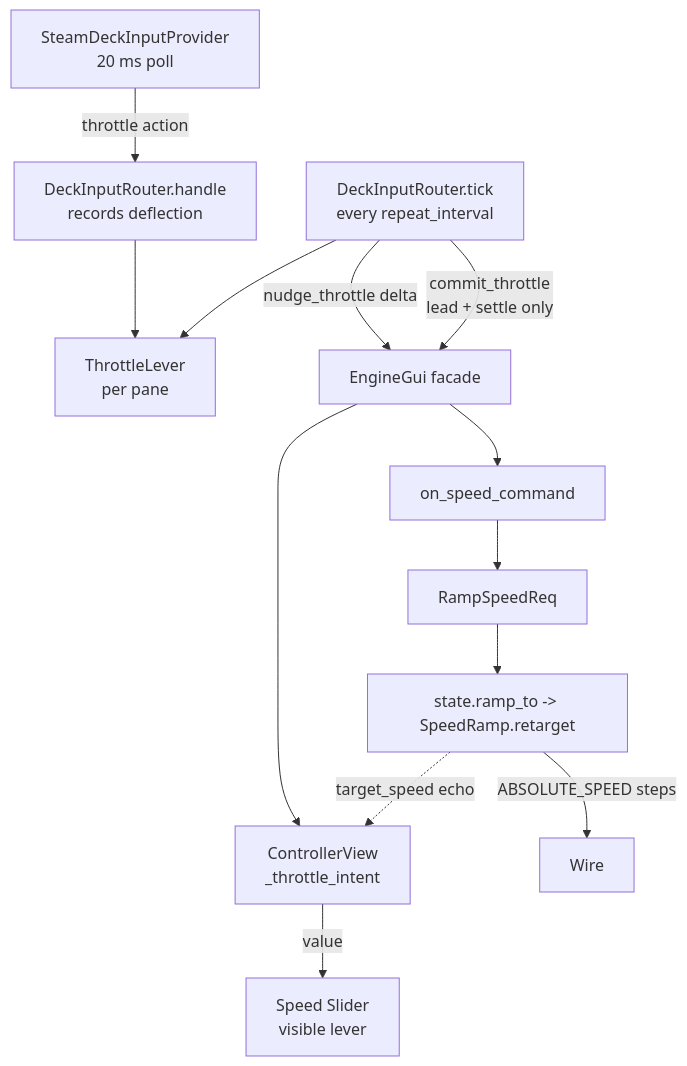
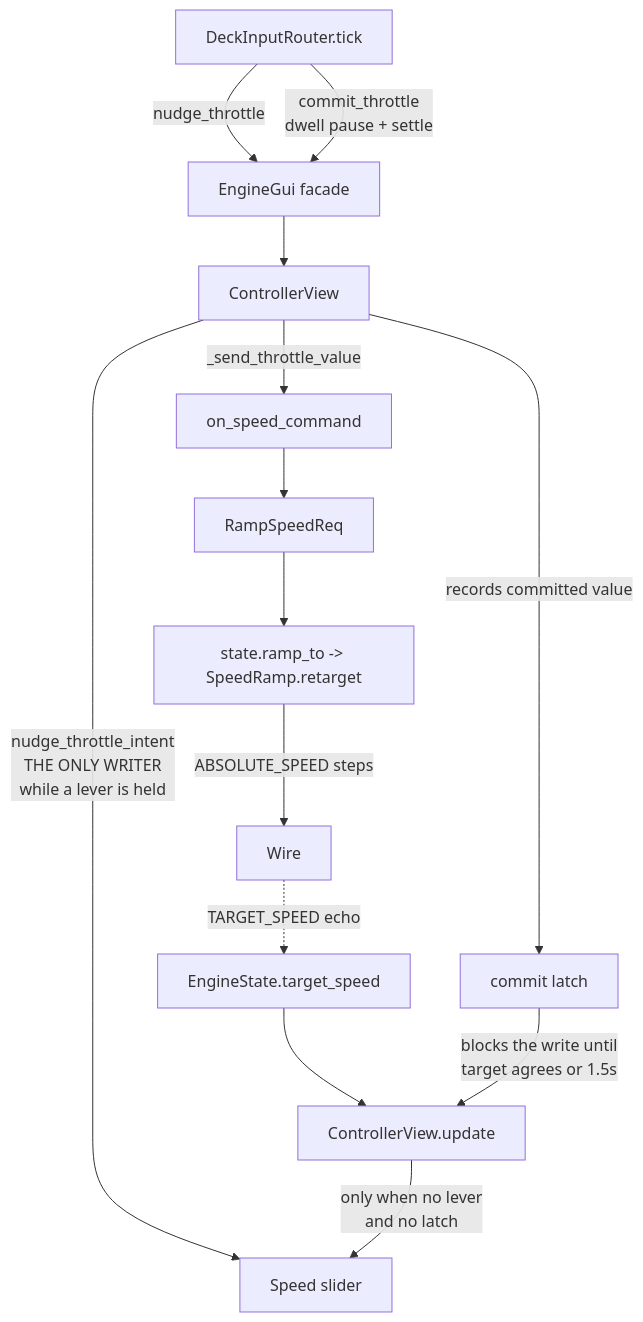
Before and after one commit to cdswindell/PyLegacy: the diagram in .junie/plans/deck-throttle-virtual-lever.md, drawn with Mermaid. The commit also changed other lines of this file and 8 other files, not shown here.

First line of the commit message:
Add throttle lever handling logic and enhanced tests:

````diff
--- a/.junie/plans/deck-throttle-virtual-lever.md
+++ b/.junie/plans/deck-throttle-virtual-lever.md
@@ -184,15 +239,16 @@
 ```mermaid
 graph TD
-    P[SteamDeckInputProvider<br/>20 ms poll] -->|throttle action| R[DeckInputRouter.handle<br/>records deflection]
-    R --> L[ThrottleLever<br/>per pane]
-    T[DeckInputRouter.tick<br/>every repeat_interval] --> L
-    T -->|nudge_throttle delta| G[EngineGui facade]
-    G --> V[ControllerView<br/>_throttle_intent]
-    V -->|value| S[Speed Slider<br/>visible lever]
-    T -->|commit_throttle<br/>lead + settle only| G
-    G --> C[on_speed_command]
+    T[DeckInputRouter.tick] -->|nudge_throttle| G[EngineGui facade]
+    T -->|commit_throttle<br/>dwell pause + settle| G
+    G --> V[ControllerView]
+    V -->|nudge_throttle_intent<br/>THE ONLY WRITER<br/>while a lever is held| S[Speed slider]
+    V -->|_send_throttle_value| C[on_speed_command]
     C --> Q[RampSpeedReq]
     Q --> RT[state.ramp_to -> SpeedRamp.retarget]
     RT -->|ABSOLUTE_SPEED steps| W[Wire]
-    RT -.->|target_speed echo| V
+    W -.->|TARGET_SPEED echo| ST[EngineState.target_speed]
+    ST --> U[ControllerView.update]
+    V -->|records committed value| L[commit latch]
+    L -->|blocks the write until<br/>target agrees or 1.5s| U
+    U -->|only when no lever<br/>and no latch| S
 ```
````
